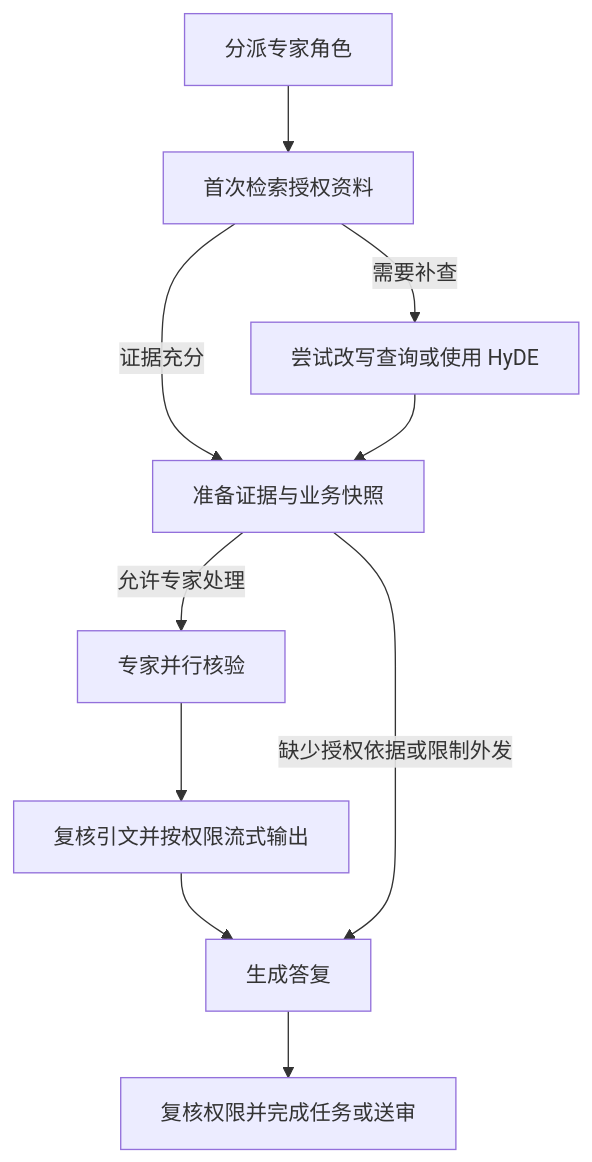
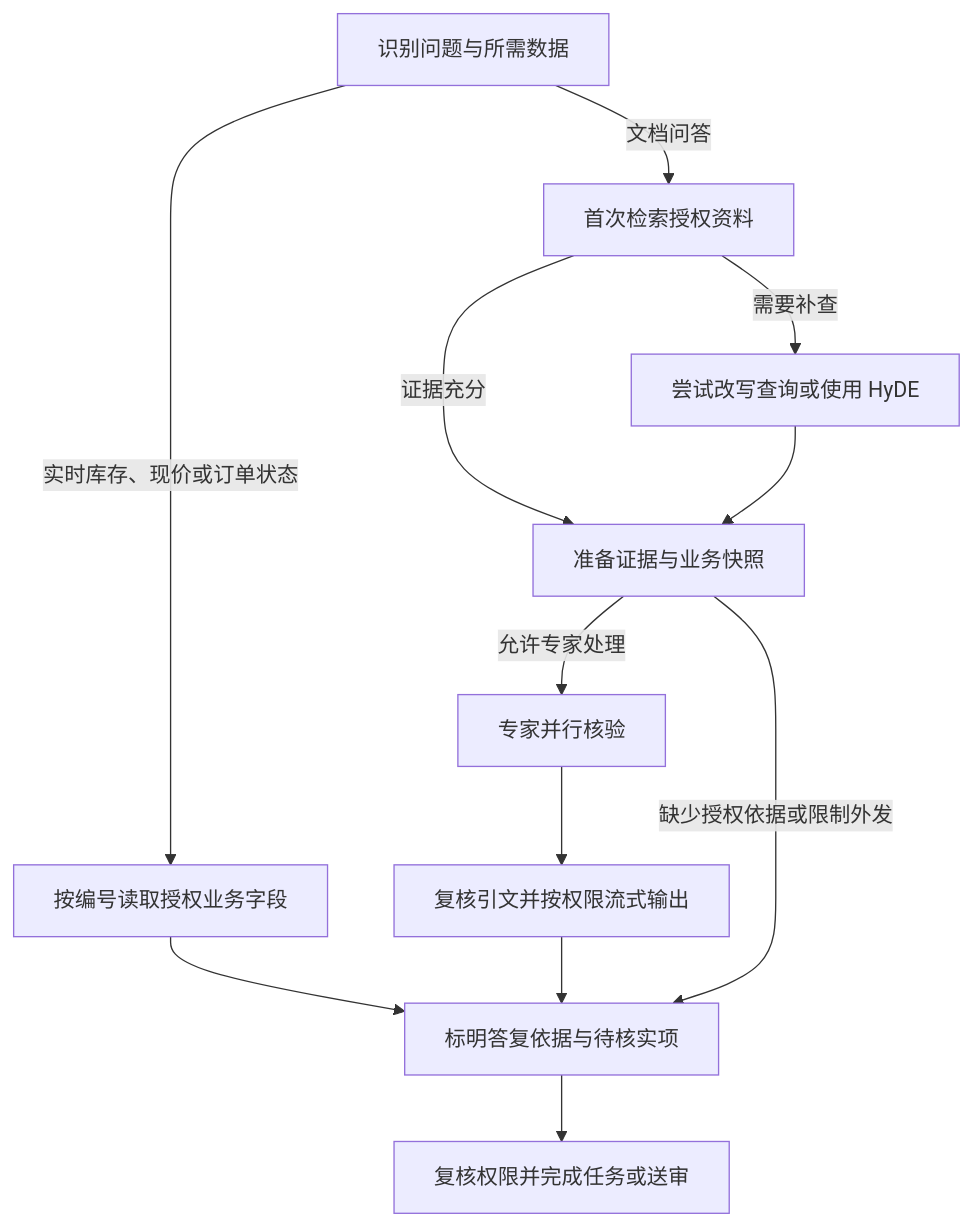
The diagram in README.md (SenpeWang/TaoZhi-EcomAgent), drawn with Mermaid before and after one commit. The commit also changed other lines of this file and 40 other files, not shown here.

````diff
--- a/README.md
+++ b/README.md
@@ -33,12 +33,14 @@
 ```mermaid
 flowchart TD
-    P["分派专家角色"] --> R["首次检索授权资料"]
+    P["识别问题与所需数据"] -->|文档问答| R["首次检索授权资料"]
+    P -->|实时库存、现价或订单状态| B["按编号读取授权业务字段"]
+    B --> A["标明答复依据与待核实项"]
     R -->|证据充分| E["准备证据与业务快照"]
     R -->|需要补查| T["尝试改写查询或使用 HyDE"]
     T --> E
     E -->|允许专家处理| S["专家并行核验"]
     S --> Q["复核引文并按权限流式输出"]
-    Q --> A["生成答复"]
+    Q --> A
     E -->|缺少授权依据或限制外发| A
     A --> F["复核权限并完成任务或送审"]
 ```
````
